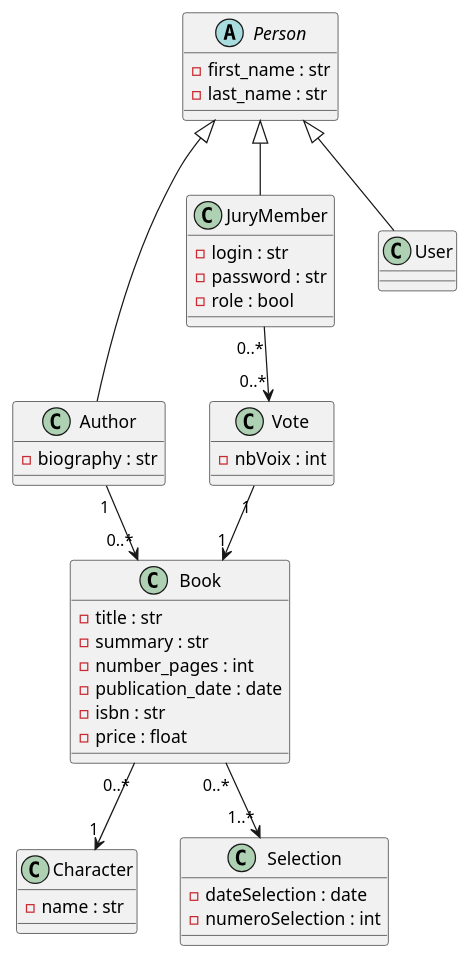
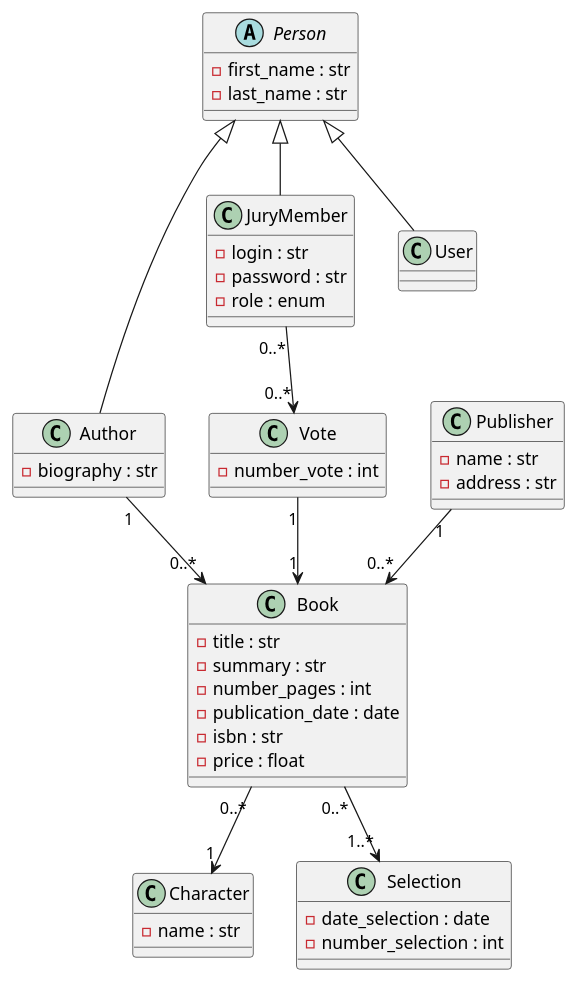
Before and after one commit to john7440/Evaluation-Metier-Python: the diagram in doc/uml/2-class/goncourt-class.puml, drawn with PlantUML. The commit also changed 1 other file, not shown here.

Commit message:
ajout de la 1ere version du diagramme de classe

```diff
--- a/doc/uml/2-class/goncourt-class.puml
+++ b/doc/uml/2-class/goncourt-class.puml
@@ -1,53 +1,60 @@
 @startuml
 
 abstract class Person {
   - first_name : str
   - last_name : str
 }
 
 class Author {
   - biography : str
 }
 
 class JuryMember {
   - login : str
   - password : str
-  - role : bool
+  - role : enum
 }
 
 class User {
 }
 
 class Book {
   - title : str
   - summary : str
   - number_pages : int
   - publication_date : date
   - isbn : str
   - price : float
 }
 
 class Character {
   - name : str
 }
 
 class Selection {
-  - dateSelection : date
-  - numeroSelection : int
+  - date_selection : date
+  - number_selection : int
 }
 
 class Vote {
-  - nbVoix : int
+  - number_vote : int
+}
+
+class Publisher {
+  - name : str
+  - address : str
 }
 
 Person <|-- Author
 Person <|-- User
 Person <|-- JuryMember
 
 Author "1" --> "0..*" Book
 Book "0..*" --> "1" Character
 Book "0..*" --> "1..*" Selection
 JuryMember "0..*" --> "0..*" Vote
 Vote "1" --> "1" Book
 
+Publisher "1" --> "0..*" Book
+
 @enduml
```
